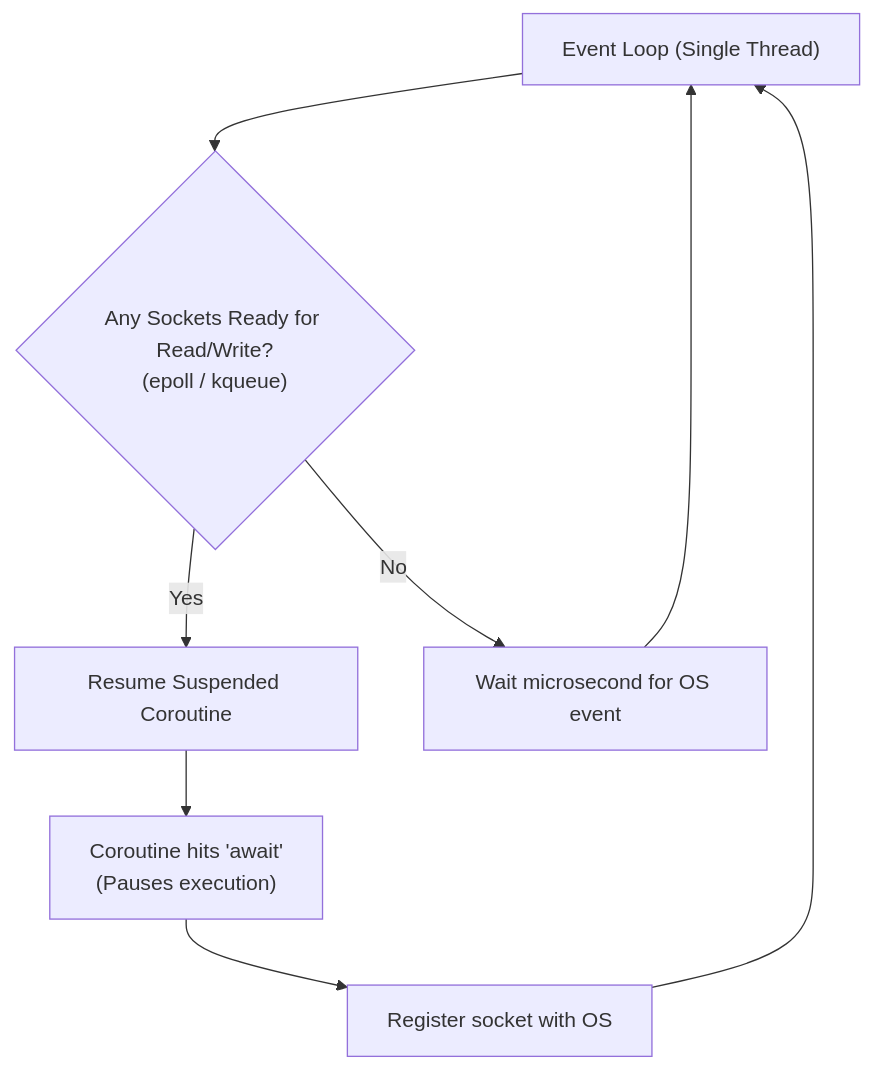
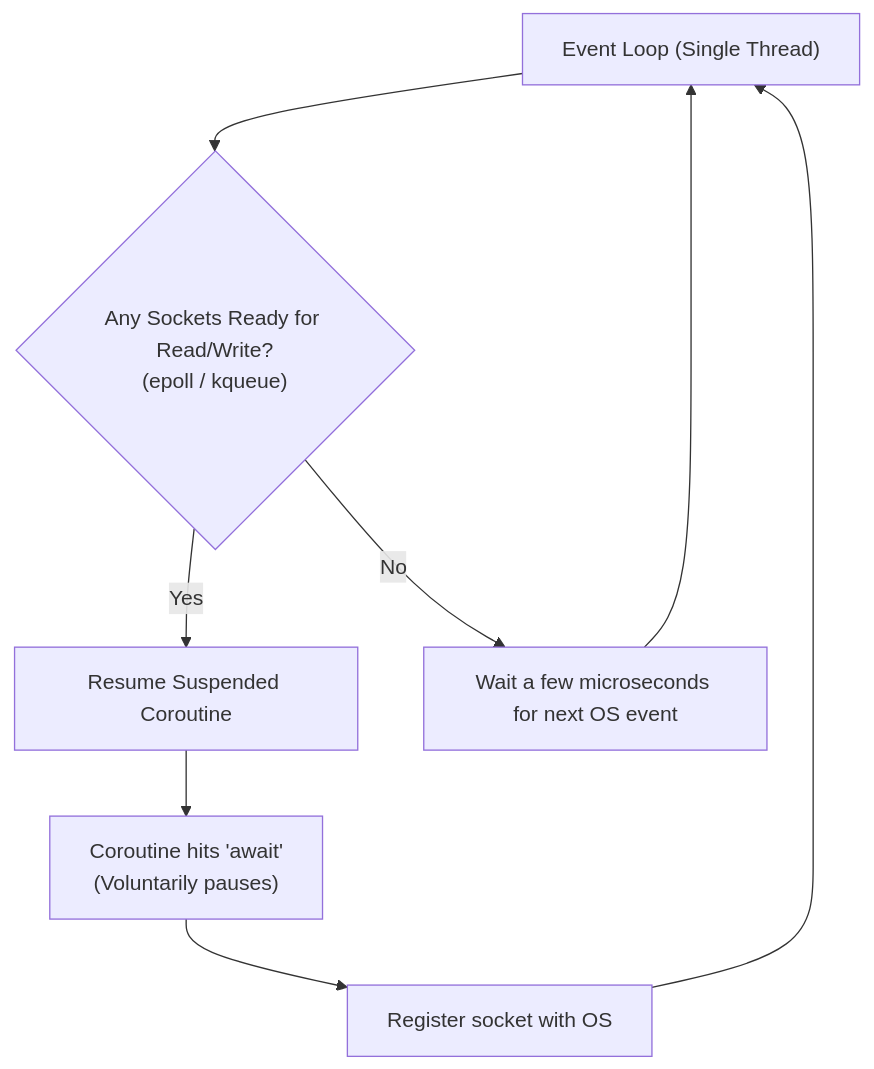
One commit to 1345AbhishekKumar/cs-cookbook changed the second of 2 diagrams in content/docs/learn-python/03-advanced/03-asyncio-event-loop-internals.mdx. Above: the diagram before and after it, drawn with Mermaid. The commit also changed other lines of this file and 124 other files, not shown here.

````diff
--- a/content/docs/learn-python/03-advanced/03-asyncio-event-loop-internals.mdx
+++ b/content/docs/learn-python/03-advanced/03-asyncio-event-loop-internals.mdx
@@ -23,10 +52,10 @@
 ```mermaid
 flowchart TD
     LOOP["Event Loop (Single Thread)"] --> CHECK{"Any Sockets Ready for Read/Write?<br/>(epoll / kqueue)"}
     CHECK -- Yes --> RESUME["Resume Suspended Coroutine"]
-    RESUME --> HIT["Coroutine hits 'await'<br/>(Pauses execution)"]
+    RESUME --> HIT["Coroutine hits 'await'<br/>(Voluntarily pauses)"]
     HIT --> REG["Register socket with OS"]
     REG --> LOOP
-    CHECK -- No --> WAIT["Wait microsecond for OS event"]
+    CHECK -- No --> WAIT["Wait a few microseconds for next OS event"]
     WAIT --> LOOP
 ```
````
